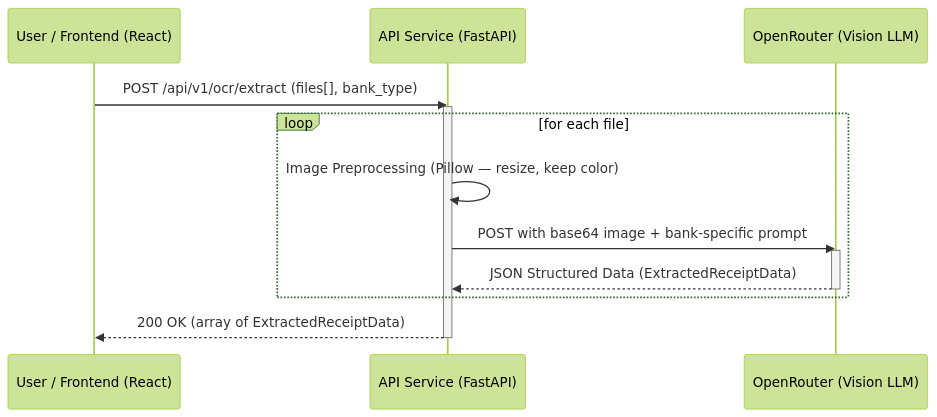
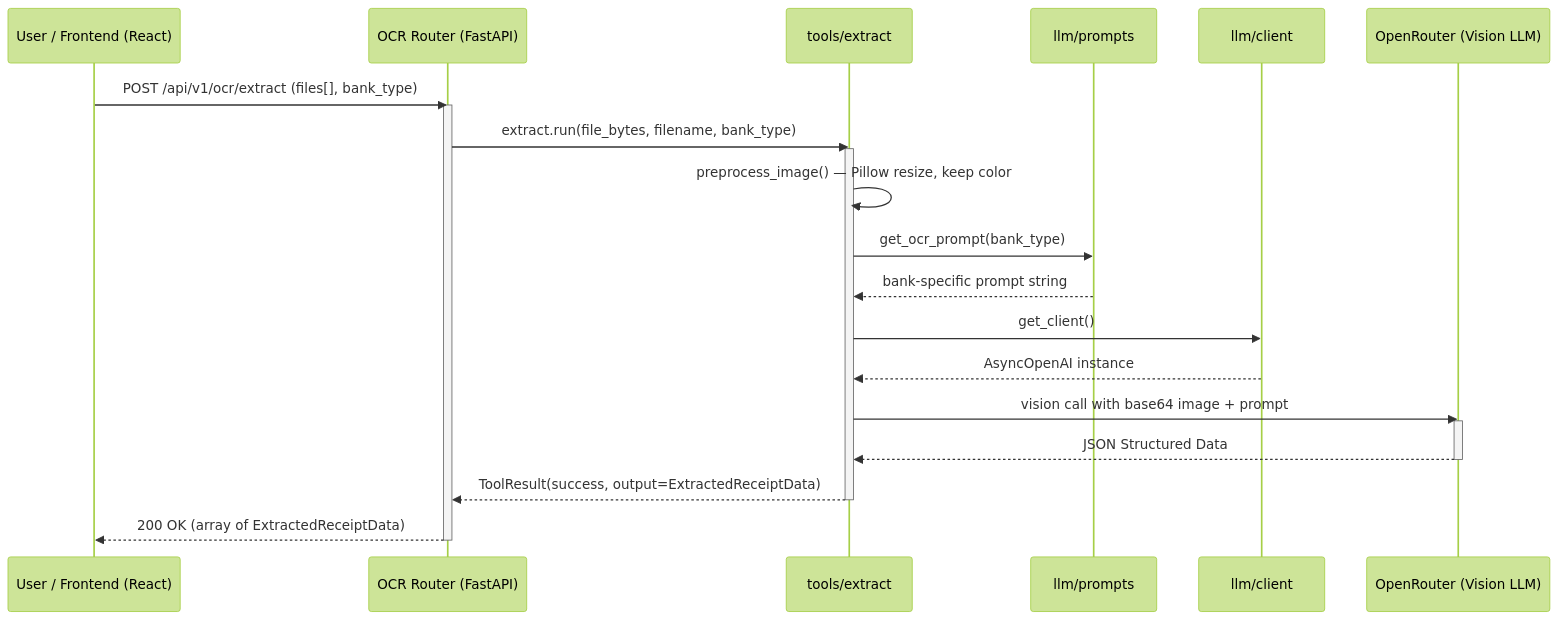
The third of 7 diagrams in docs/Software_Requirements_Specification.md (SupportCarmen/OCR), drawn with Mermaid (forest theme) before and after one commit. The commit also changed other lines of this file and 16 other files, not shown here.

````diff
--- a/docs/Software_Requirements_Specification.md
+++ b/docs/Software_Requirements_Specification.md
@@ -132,18 +142,27 @@
 ```mermaid
 sequenceDiagram
     participant User as User / Frontend (React)
-    participant API as API Service (FastAPI)
+    participant Router as OCR Router (FastAPI)
+    participant Tool as tools/extract
+    participant Prompts as llm/prompts
+    participant Client as llm/client
     participant LLM as OpenRouter (Vision LLM)
 
-    User->>API: POST /api/v1/ocr/extract (files[], bank_type)
-    activate API
-    loop for each file
-        API->>API: Image Preprocessing (Pillow — resize, keep color)
-        API->>LLM: POST with base64 image + bank-specific prompt
-        activate LLM
-        LLM-->>API: JSON Structured Data (ExtractedReceiptData)
-        deactivate LLM
-    end
-    API-->>User: 200 OK (array of ExtractedReceiptData)
-    deactivate API
+    User->>Router: POST /api/v1/ocr/extract (files[], bank_type)
+    activate Router
+    Router->>Tool: extract.run(file_bytes, filename, bank_type)
+    activate Tool
+    Tool->>Tool: preprocess_image() — Pillow resize, keep color
+    Tool->>Prompts: get_ocr_prompt(bank_type)
+    Prompts-->>Tool: bank-specific prompt string
+    Tool->>Client: get_client()
+    Client-->>Tool: AsyncOpenAI instance
+    Tool->>LLM: vision call with base64 image + prompt
+    activate LLM
+    LLM-->>Tool: JSON Structured Data
+    deactivate LLM
+    Tool-->>Router: ToolResult(success, output=ExtractedReceiptData)
+    deactivate Tool
+    Router-->>User: 200 OK (array of ExtractedReceiptData)
+    deactivate Router
 ```
````
